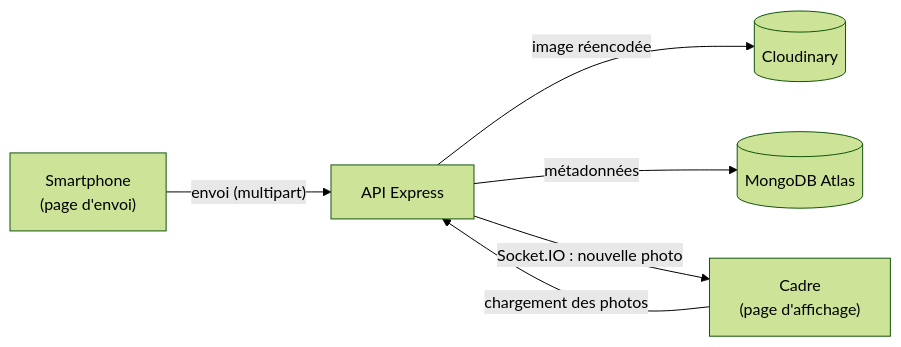
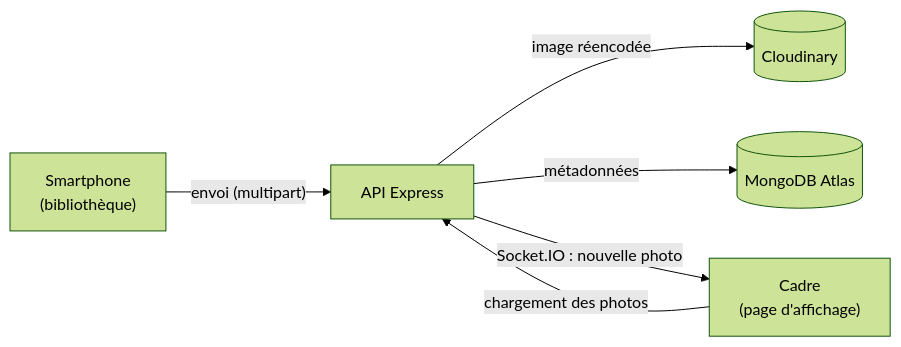
One commit to SIMPLON-DIST-CDA-260316/familyframe-julien-lemarchand changed the diagram in ARCHITECTURE.md. Above: the diagram before and after it, drawn with Mermaid (forest theme). The commit also changed other lines of this file and 1 other file, not shown here.

First line of the commit message:
docs: describe the library page

````diff
--- a/ARCHITECTURE.md
+++ b/ARCHITECTURE.md
@@ -7,8 +7,8 @@
 ```mermaid
 flowchart LR
-  phone["Smartphone<br/>(page d'envoi)"] -- "envoi (multipart)" --> api["API Express"]
+  phone["Smartphone<br/>(bibliothèque)"] -- "envoi (multipart)" --> api["API Express"]
   api -- "image réencodée" --> cloudinary[("Cloudinary")]
   api -- "métadonnées" --> mongo[("MongoDB Atlas")]
   api -- "Socket.IO : nouvelle photo" --> frame["Cadre<br/>(page d'affichage)"]
   frame -- "chargement des photos" --> api
 ```
````
